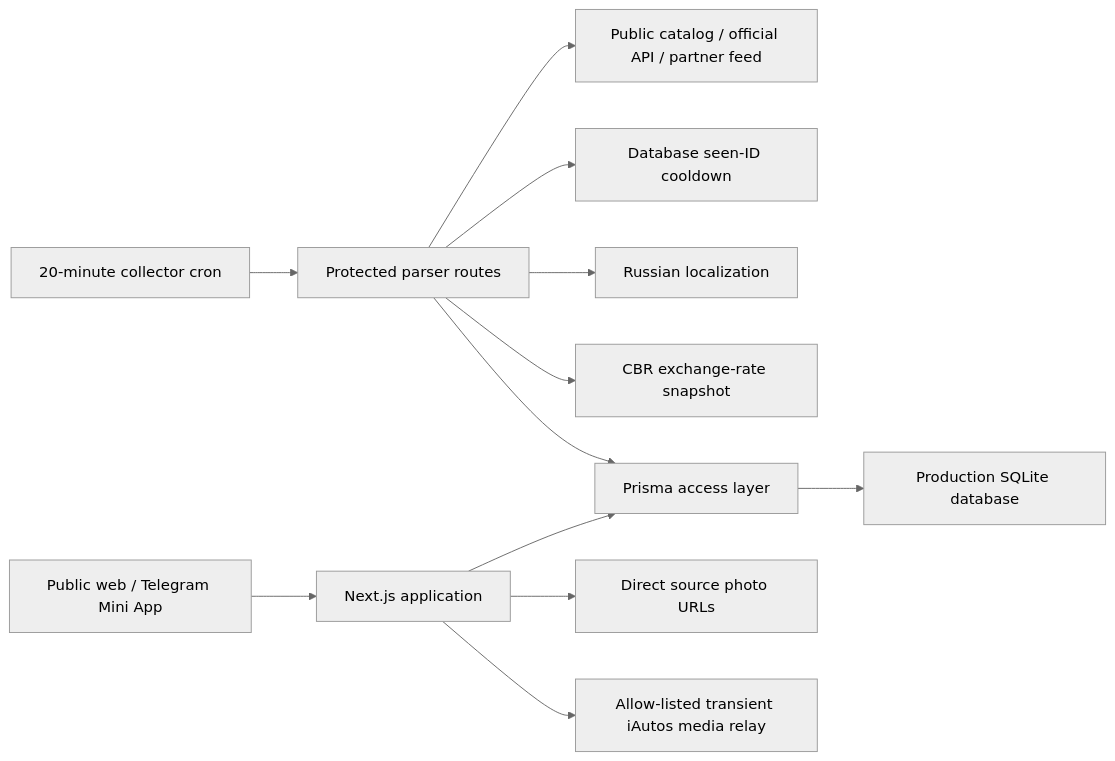
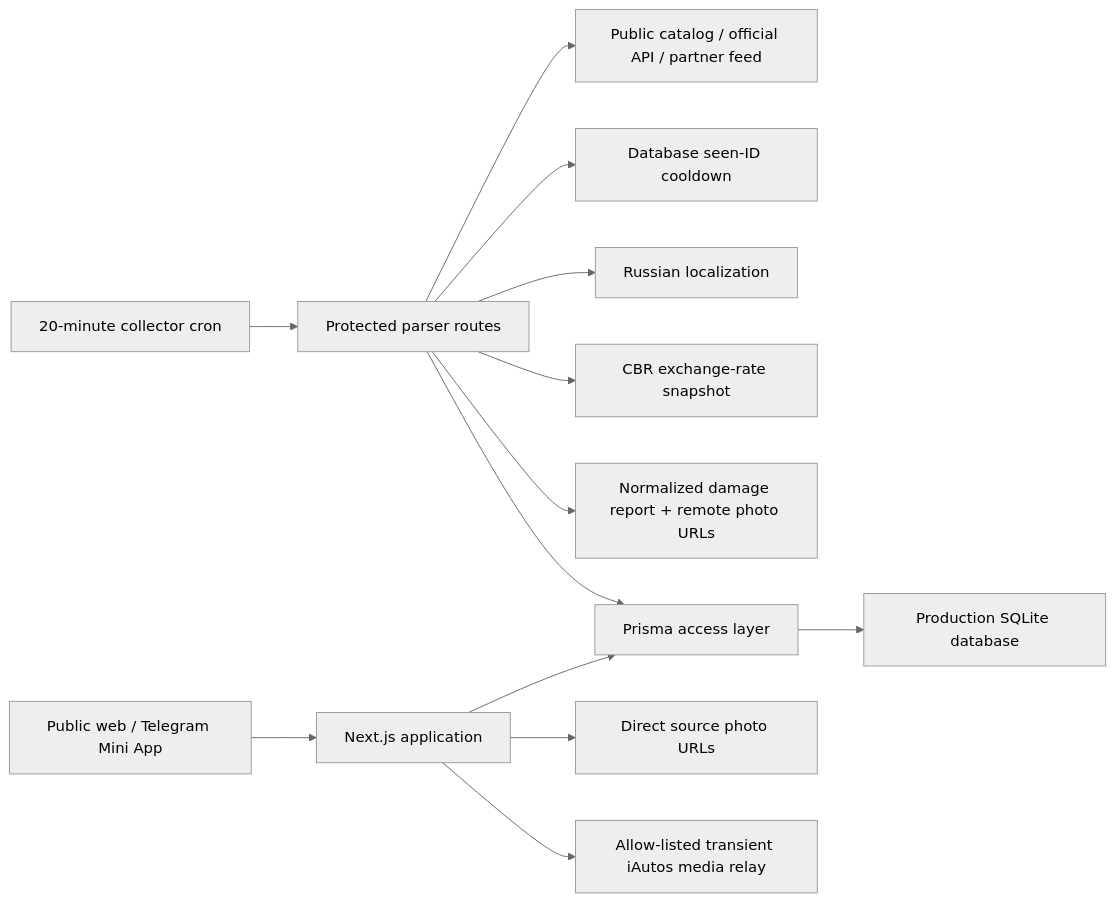
The first of 3 diagrams in docs/PROJECT_GRAPH.md (microsecret/automart), drawn with Mermaid (neutral theme) before and after one commit. The commit also changed other lines of this file and 7 other files, not shown here.

````diff
--- a/docs/PROJECT_GRAPH.md
+++ b/docs/PROJECT_GRAPH.md
@@ -8,14 +8,15 @@
 ```mermaid
 flowchart LR
   Browser["Public web / Telegram Mini App"] --> Next["Next.js application"]
   Next --> Prisma["Prisma access layer"]
   Prisma --> SQLite["Production SQLite database"]
   Cron["20-minute collector cron"] --> Parser["Protected parser routes"]
   Parser --> Sources["Public catalog / official API / partner feed"]
   Parser --> SeenStore["Database seen-ID cooldown"]
   Parser --> Translate["Russian localization"]
   Parser --> Rates["CBR exchange-rate snapshot"]
+  Parser --> Inspection["Normalized damage report + remote photo URLs"]
   Parser --> Prisma
   Next --> Media["Direct source photo URLs"]
   Next --> IautosMedia["Allow-listed transient iAutos media relay"]
 ```
````
